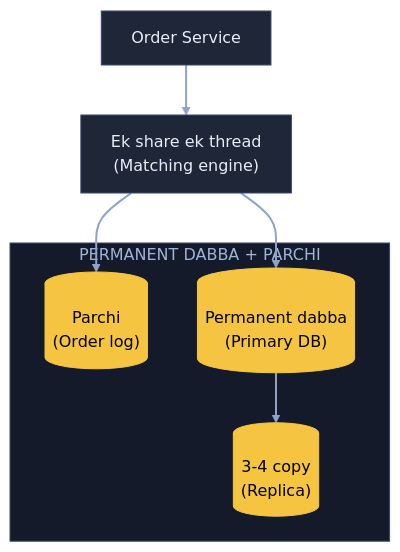
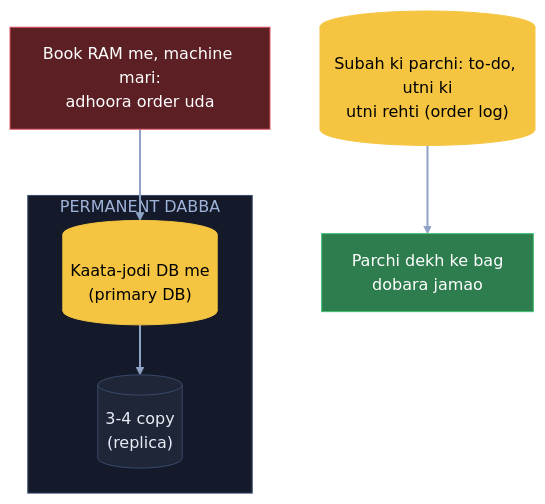
Before and after one commit to ArpanMaheshwari144/Prep: the fifth of 9 diagrams in 04_HLD/SYSTEM_DESIGNS/05_stock_broker_trading/05_stock_broker_trading.md, drawn with Mermaid. The commit also changed other lines of this file, not shown here.

Commit message:
Stock: 9 diagram hand notes ke shabdon se; K8 'chhota ladka' aur K3 apni jodi line hatai

````diff
--- a/04_HLD/SYSTEM_DESIGNS/05_stock_broker_trading/05_stock_broker_trading.md
+++ b/04_HLD/SYSTEM_DESIGNS/05_stock_broker_trading/05_stock_broker_trading.md
@@ -165,20 +161,19 @@
 ```mermaid
 flowchart TB
-    O["Order Service"]:::card
-    M["Ek share ek thread<br/>(Matching engine)"]:::card
-    subgraph PD["PERMANENT DABBA + PARCHI"]
-        L[("Parchi<br/>(Order log)")]:::pill
-        D[("Permanent dabba<br/>(Primary DB)")]:::pill
-        C[("3-4 copy<br/>(Replica)")]:::pill
+    X["Book RAM me, machine mari:<br/>adhoora order uda"]:::bad
+    subgraph PD["PERMANENT DABBA"]
+        D[("Kaata-jodi DB me<br/>(primary DB)")]:::pill
+        C[("3-4 copy<br/>(replica)")]:::card
     end
-    O --> M
-    M --> L
-    M --> D
+    L[("Subah ki parchi: to-do, utni ki<br/>utni rehti (order log)")]:::pill
+    B["Parchi dekh ke bag<br/>dobara jamao"]:::good
+    X --> D
     D --> C
+    L --> B
     linkStyle default stroke:#8fa3c7,stroke-width:2px
     classDef card fill:#1e2638,stroke:#3a4a6b,color:#e8ecf5
     classDef pill fill:#f5c542,stroke:#f5c542,color:#000
     classDef good fill:#2e7d4f,stroke:#3fbf6f,color:#fff
     classDef bad fill:#5c1f24,stroke:#e05561,color:#fff
     style PD fill:#141a29,stroke:#3a4a6b,color:#9fb3d9
 ```
````
